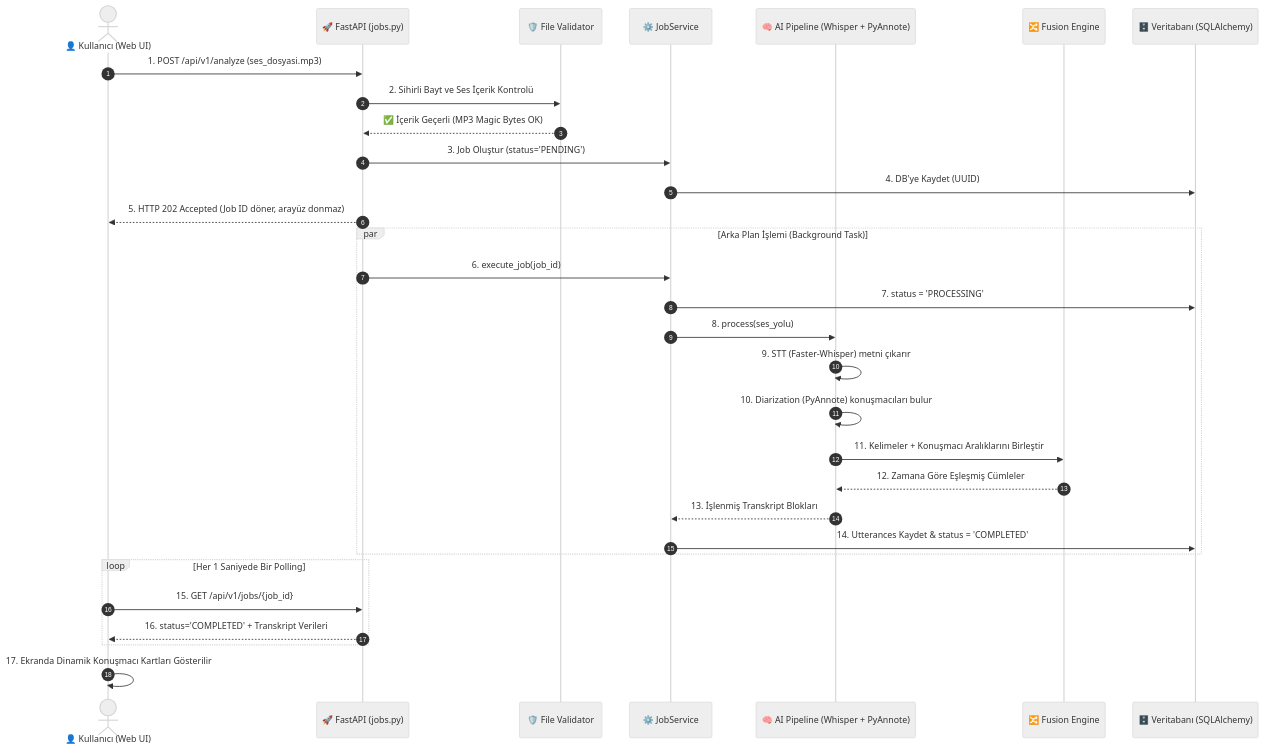
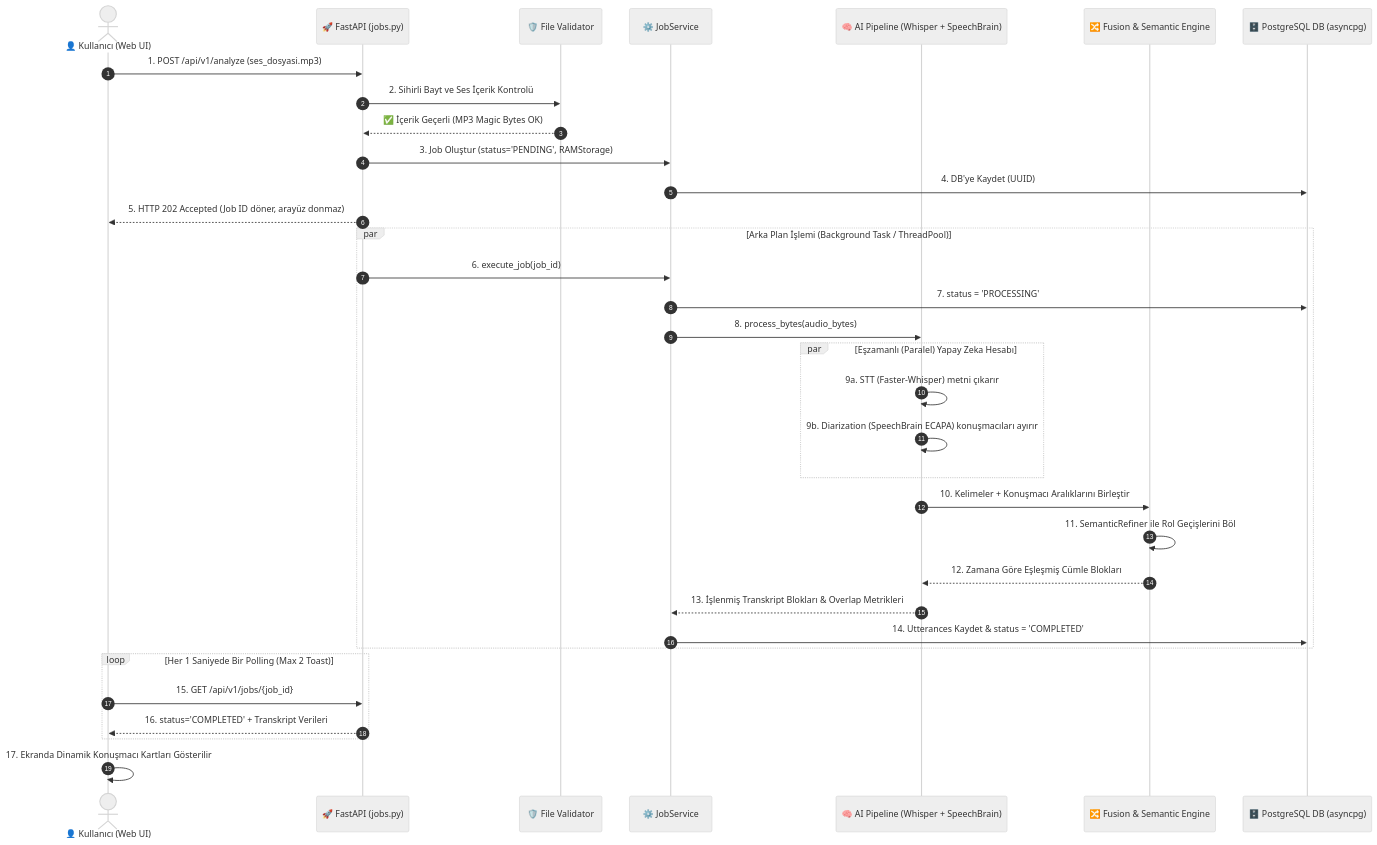
The diagram in blueprint.md (Tugbacevikk/Ses-isleme), drawn with Mermaid (neutral theme) before and after one commit. The commit also changed other lines of this file, not shown here.

Commit message:
docs: update blueprint.md with current system architecture, 0-disk RAM storage, SpeechBrain diarization optimizations and test suite status

````diff
--- a/blueprint.md
+++ b/blueprint.md
@@ -104,36 +112,39 @@
 ```mermaid
 sequenceDiagram
     autonumber
     actor User as 👤 Kullanıcı (Web UI)
     participant API as 🚀 FastAPI (jobs.py)
     participant Val as 🛡️ File Validator
     participant JobSvc as ⚙️ JobService
-    participant Pipe as 🧠 AI Pipeline (Whisper + PyAnnote)
-    participant Fusion as 🔀 Fusion Engine
-    participant DB as 🗄️ Veritabanı (SQLAlchemy)
+    participant Pipe as 🧠 AI Pipeline (Whisper + SpeechBrain)
+    participant Fusion as 🔀 Fusion & Semantic Engine
+    participant DB as 🗄️ PostgreSQL DB (asyncpg)
 
     User->>API: 1. POST /api/v1/analyze (ses_dosyasi.mp3)
     API->>Val: 2. Sihirli Bayt ve Ses İçerik Kontrolü
     Val-->>API: ✅ İçerik Geçerli (MP3 Magic Bytes OK)
-    API->>JobSvc: 3. Job Oluştur (status='PENDING')
+    API->>JobSvc: 3. Job Oluştur (status='PENDING', RAMStorage)
     JobSvc->>DB: 4. DB'ye Kaydet (UUID)
     API-->>User: 5. HTTP 202 Accepted (Job ID döner, arayüz donmaz)
     
-    par Arka Plan İşlemi (Background Task)
+    par Arka Plan İşlemi (Background Task / ThreadPool)
         API->>JobSvc: 6. execute_job(job_id)
         JobSvc->>DB: 7. status = 'PROCESSING'
-        JobSvc->>Pipe: 8. process(ses_yolu)
-        Pipe->>Pipe: 9. STT (Faster-Whisper) metni çıkarır
-        Pipe->>Pipe: 10. Diarization (PyAnnote) konuşmacıları bulur
-        Pipe->>Fusion: 11. Kelimeler + Konuşmacı Aralıklarını Birleştir
-        Fusion-->>Pipe: 12. Zamana Göre Eşleşmiş Cümleler
-        Pipe-->>JobSvc: 13. İşlenmiş Transkript Blokları
+        JobSvc->>Pipe: 8. process_bytes(audio_bytes)
+        par Eşzamanlı (Paralel) Yapay Zeka Hesabı
+            Pipe->>Pipe: 9a. STT (Faster-Whisper) metni çıkarır
+            Pipe->>Pipe: 9b. Diarization (SpeechBrain ECAPA) konuşmacıları ayırır
+        end
+        Pipe->>Fusion: 10. Kelimeler + Konuşmacı Aralıklarını Birleştir
+        Fusion->>Fusion: 11. SemanticRefiner ile Rol Geçişlerini Böl
+        Fusion-->>Pipe: 12. Zamana Göre Eşleşmiş Cümle Blokları
+        Pipe-->>JobSvc: 13. İşlenmiş Transkript Blokları & Overlap Metrikleri
         JobSvc->>DB: 14. Utterances Kaydet & status = 'COMPLETED'
     end
 
-    loop Her 1 Saniyede Bir Polling
+    loop Her 1 Saniyede Bir Polling (Max 2 Toast)
         User->>API: 15. GET /api/v1/jobs/{job_id}
         API-->>User: 16. status='COMPLETED' + Transkript Verileri
     end
     User->>User: 17. Ekranda Dinamik Konuşmacı Kartları Gösterilir
 ```
````
